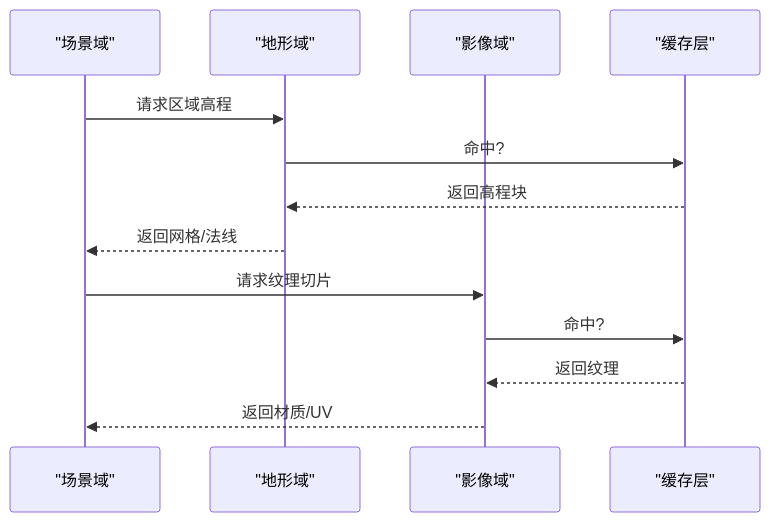
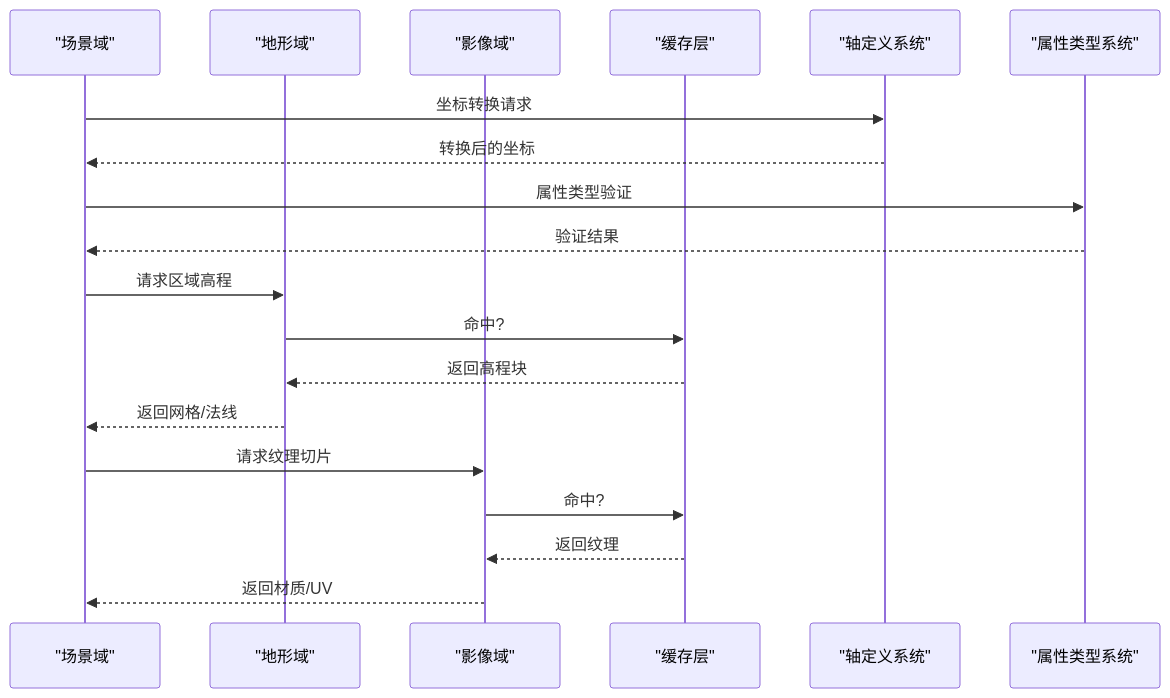
One commit to rzhangjing/cesium changed the fifth of 14 diagrams in .qoder/repowiki/zh/content/场景管理/场景管理架构.md. Above: the diagram before and after it, drawn with Mermaid. The commit also changed other lines of this file and 90 other files, not shown here.

````diff
--- a/.qoder/repowiki/zh/content/场景管理/场景管理架构.md
+++ b/.qoder/repowiki/zh/content/场景管理/场景管理架构.md
@@ -280,15 +350,21 @@
 ```mermaid
 sequenceDiagram
 participant Scene as "场景域"
 participant Terrain as "地形域"
 participant Imagery as "影像域"
 participant Cache as "缓存层"
+participant Axes as "轴定义系统"
+participant Types as "属性类型系统"
+Scene->>Axes : 坐标转换请求
+Axes-->>Scene : 转换后的坐标
+Scene->>Types : 属性类型验证
+Types-->>Scene : 验证结果
 Scene->>Terrain : 请求区域高程
 Terrain->>Cache : 命中?
 Cache-->>Terrain : 返回高程块
 Terrain-->>Scene : 返回网格/法线
 Scene->>Imagery : 请求纹理切片
 Imagery->>Cache : 命中?
 Cache-->>Imagery : 返回纹理
 Imagery-->>Scene : 返回材质/UV
 ```
````
